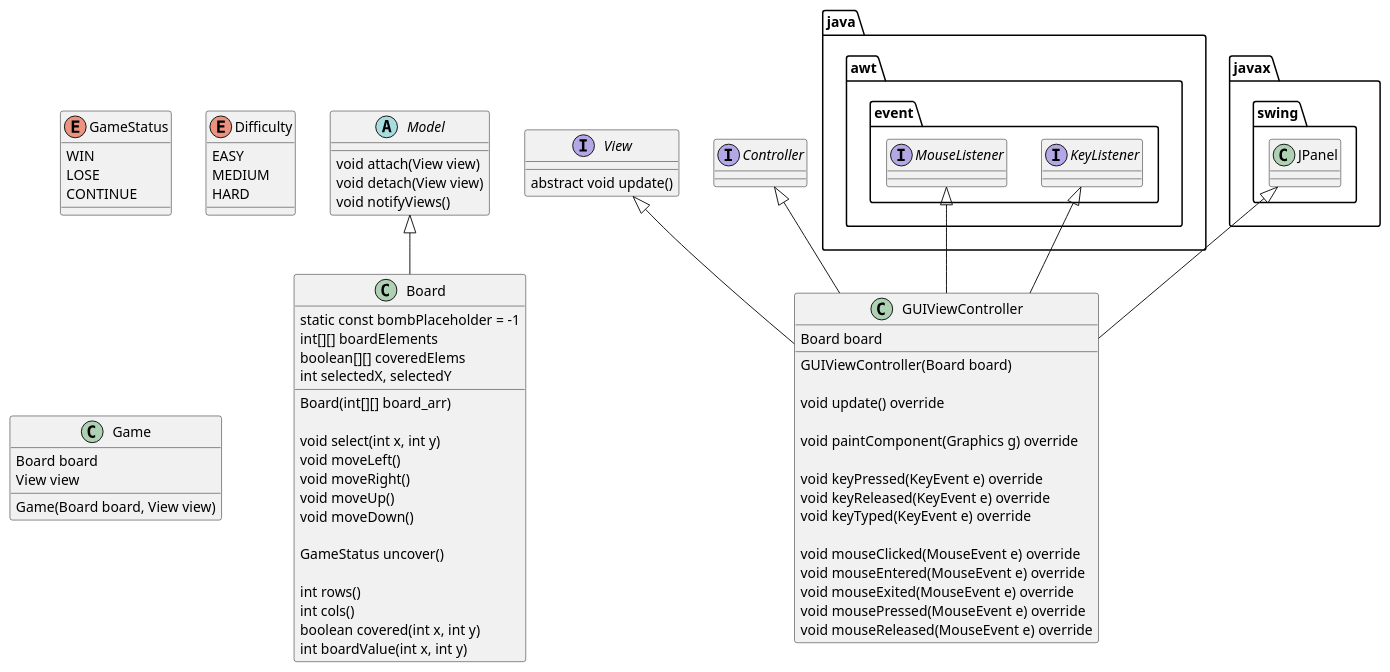
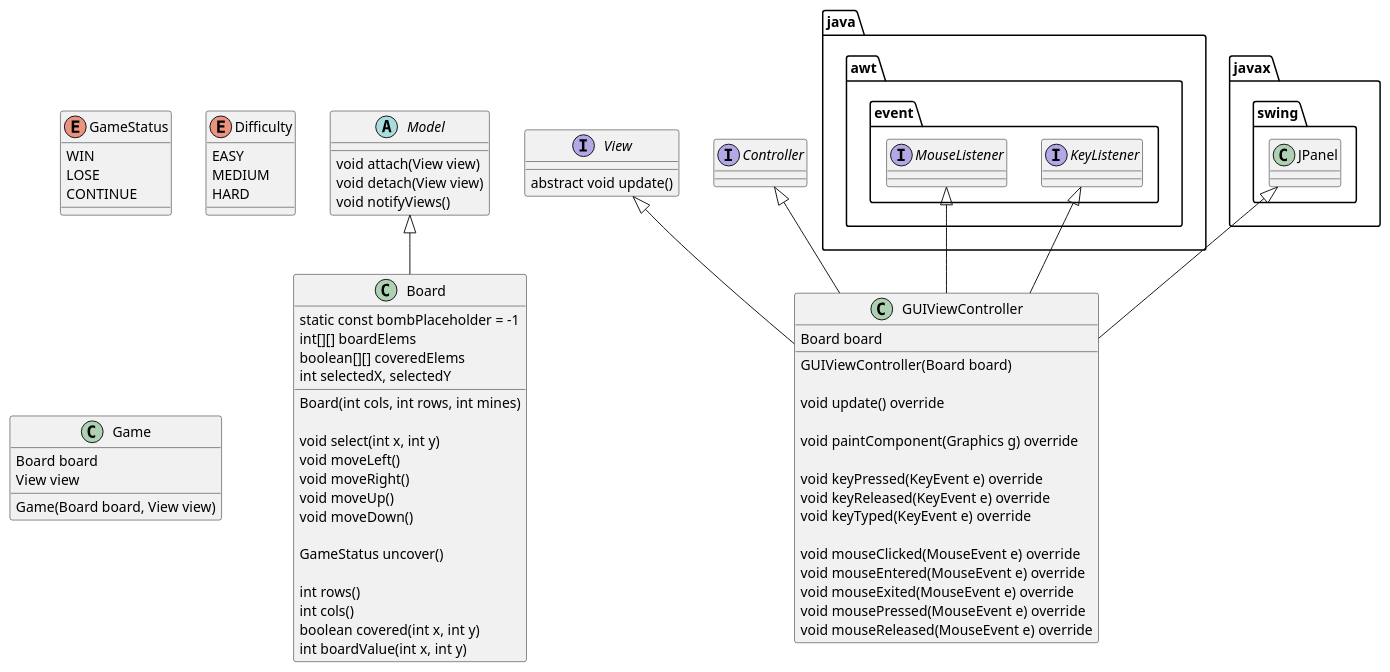
The diagram in design/minesweeper.plantuml (MarkMizzi/minesweeper), drawn with PlantUML before and after one commit.

Commit message:
[task2] tweak Board constructor signature

```diff
--- a/design/minesweeper.plantuml
+++ b/design/minesweeper.plantuml
@@ -1,88 +1,88 @@
 @startuml
 
 abstract class Model {
     void attach(View view)
     void detach(View view)
     void notifyViews()
 }
 
 class Board {
 
     static const bombPlaceholder = -1
-    int[][] boardElements
+    int[][] boardElems
     boolean[][] coveredElems
     int selectedX, selectedY
 
-    Board(int[][] board_arr)
+    Board(int cols, int rows, int mines)
 
     void select(int x, int y)
     void moveLeft()
     void moveRight()
     void moveUp()
     void moveDown()
 
     GameStatus uncover()
 
     int rows()
     int cols()
     boolean covered(int x, int y)
     int boardValue(int x, int y)
 }
 
 enum GameStatus {
     WIN
     LOSE
     CONTINUE
 }
 
 enum Difficulty {
     EASY
     MEDIUM
     HARD
 }
 
 class GUIViewController {
     Board board
 
     GUIViewController(Board board)
 
     void update() override
 
     void paintComponent(Graphics g) override
 
     void keyPressed(KeyEvent e) override
     void keyReleased(KeyEvent e) override
     void keyTyped(KeyEvent e) override
 
     void mouseClicked(MouseEvent e) override
     void mouseEntered(MouseEvent e) override
     void mouseExited(MouseEvent e) override
     void mousePressed(MouseEvent e) override
     void mouseReleased(MouseEvent e) override
 }
 
 interface View {
     abstract void update()
 }
 
 class Game {
     Board board
     View view
 
     Game(Board board, View view)
 }
 
 interface java.awt.event.KeyListener
 interface java.awt.event.MouseListener
 class javax.swing.JPanel
 
 interface Controller
 
 Model <|-- Board
 Controller <|-- GUIViewController
 View <|-- GUIViewController
 java.awt.event.KeyListener <|-- GUIViewController
 java.awt.event.MouseListener <|-- GUIViewController
 javax.swing.JPanel <|-- GUIViewController
 
 @enduml
```
